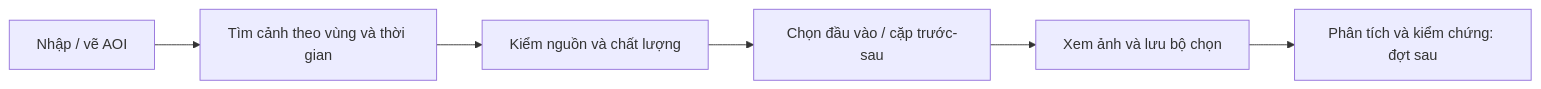
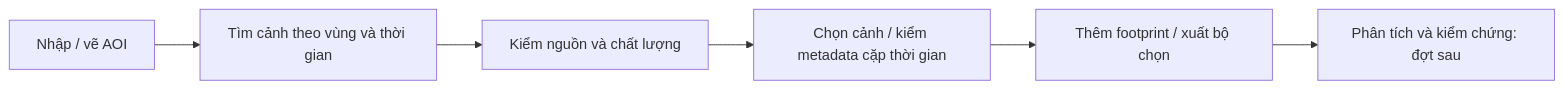
One commit to hoxuanphu/UNISEC_Demo changed the second of 2 diagrams in docs/product/geodata-workspace.md. Above: the diagram before and after it, drawn with Mermaid. The commit also changed other lines of this file and 31 other files, not shown here.

````diff
--- a/docs/product/geodata-workspace.md
+++ b/docs/product/geodata-workspace.md
@@ -58,8 +60,8 @@
 ```mermaid
 flowchart LR
   A[Nhập / vẽ AOI] --> B[Tìm cảnh theo vùng và thời gian]
   B --> C[Kiểm nguồn và chất lượng]
-  C --> D[Chọn đầu vào / cặp trước-sau]
-  D --> E[Xem ảnh và lưu bộ chọn]
+  C --> D[Chọn cảnh / kiểm metadata cặp thời gian]
+  D --> E[Thêm footprint / xuất bộ chọn]
   E --> F[Phân tích và kiểm chứng: đợt sau]
 ```
````
